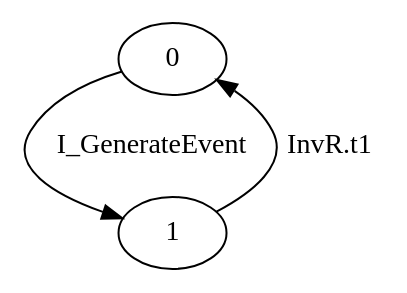
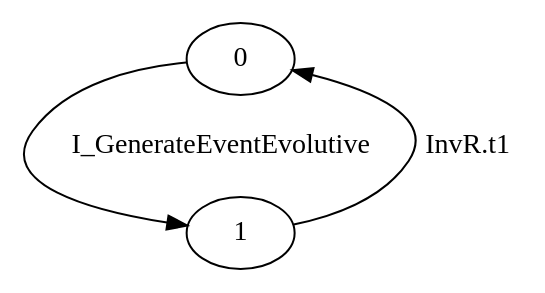
One commit to nsrosa70/midarch-go-v13 changed the diagram in src/cspspecs/MAPEK/EVOLUTIVEMONITOR.dot. Above: the diagram before and after it, drawn with Graphviz. The commit also changed 37 other files, not shown here.

Commit message:
EE like an architecture

```diff
--- a/src/cspspecs/MAPEK/EVOLUTIVEMONITOR.dot
+++ b/src/cspspecs/MAPEK/EVOLUTIVEMONITOR.dot
@@ -1,4 +1,4 @@
 digraph G {
-  0 -> 1 [ label="I_GenerateEvent" ];
+  0 -> 1 [ label="I_GenerateEventEvolutive" ];
   1 -> 0 [ label="InvR.t1" ];
 }
```
